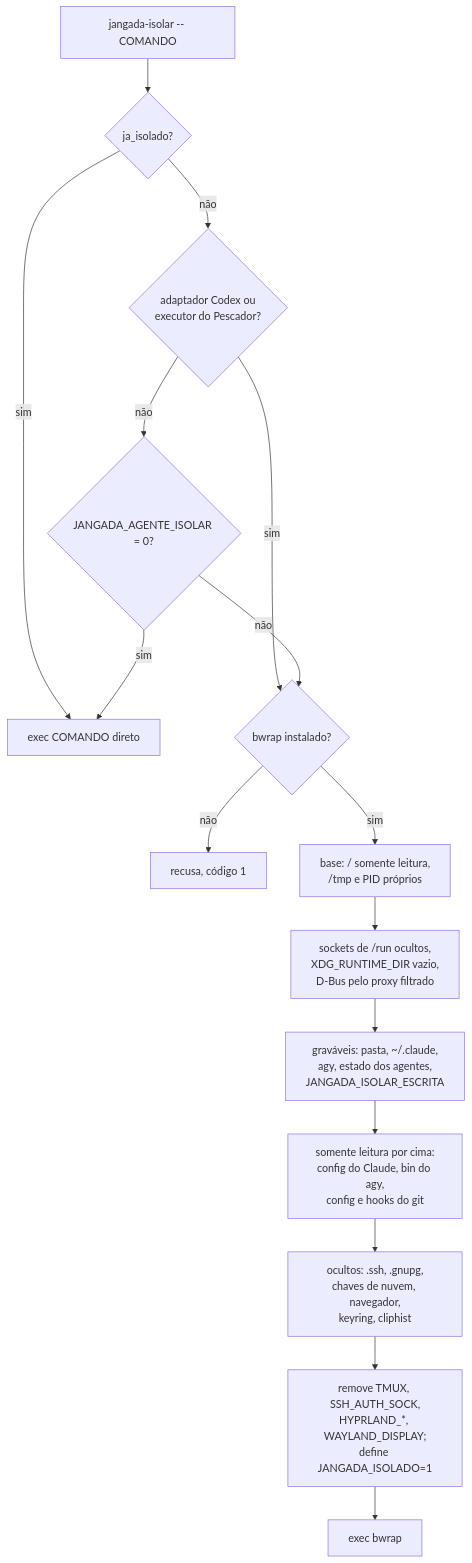
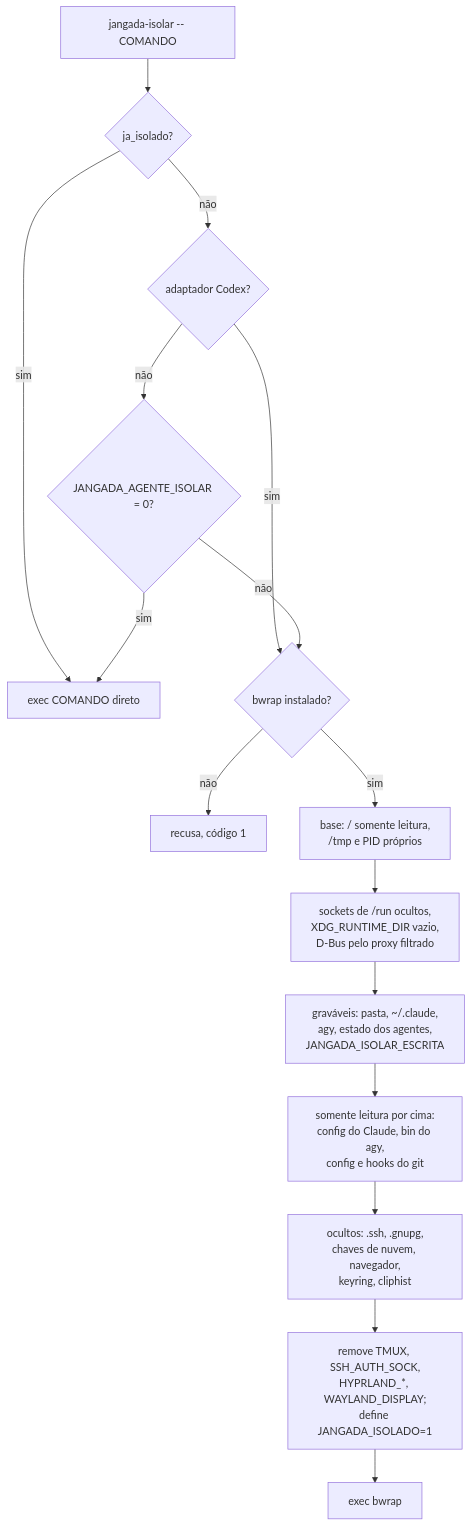
One commit to felipintoslv/jangada changed the second of 3 diagrams in docs/isolamento.md. Above: the diagram before and after it, drawn with Mermaid. The commit also changed other lines of this file and 19 other files, not shown here.

````diff
--- a/docs/isolamento.md
+++ b/docs/isolamento.md
@@ -72,18 +72,18 @@
 ```mermaid
 flowchart TD
     A[jangada-isolar -- COMANDO] --> B{ja_isolado?}
     B -- sim --> X[exec COMANDO direto]
-    B -- não --> O{adaptador Codex ou<br>executor do Pescador?}
+    B -- não --> O{adaptador Codex?}
     O -- sim --> C{bwrap instalado?}
     O -- não --> P{JANGADA_AGENTE_ISOLAR = 0?}
     P -- sim --> X
     P -- não --> C
     C -- não --> F[recusa, código 1]
     C -- sim --> D[base: / somente leitura,<br>/tmp e PID próprios]
     D --> E[sockets de /run ocultos,<br>XDG_RUNTIME_DIR vazio,<br>D-Bus pelo proxy filtrado]
     E --> G[graváveis: pasta, ~/.claude,<br>agy, estado dos agentes,<br>JANGADA_ISOLAR_ESCRITA]
     G --> H[somente leitura por cima:<br>config do Claude, bin do agy,<br>config e hooks do git]
     H --> I[ocultos: .ssh, .gnupg,<br>chaves de nuvem, navegador,<br>keyring, cliphist]
     I --> J[remove TMUX, SSH_AUTH_SOCK,<br>HYPRLAND_*, WAYLAND_DISPLAY;<br>define JANGADA_ISOLADO=1]
     J --> K[exec bwrap]
 ```
````
